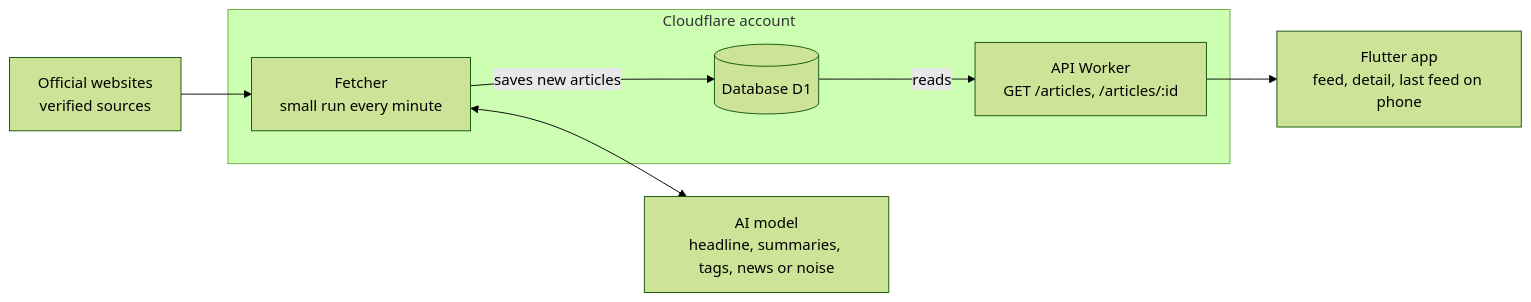
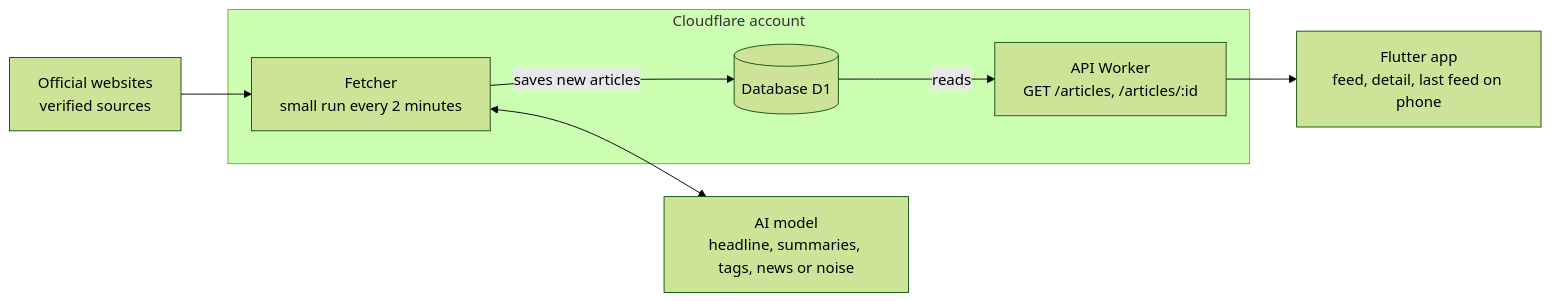
The second of 2 diagrams in docs/plan.md (yuriityvodar-sudo/official-news), drawn with Mermaid (forest theme) before and after one commit. The commit also changed other lines of this file and 8 other files, not shown here.

````diff
--- a/docs/plan.md
+++ b/docs/plan.md
@@ -365,10 +366,10 @@
 ```mermaid
 flowchart LR
   S[Official websites<br/>verified sources] --> F
   subgraph CF[Cloudflare account]
-    F[Fetcher<br/>small run every minute] -->|saves new articles| DB[(Database D1)]
+    F[Fetcher<br/>small run every 2 minutes] -->|saves new articles| DB[(Database D1)]
     DB -->|reads| API[API Worker<br/>GET /articles, /articles/:id]
   end
   F <--> AI[AI model<br/>headline, summaries, tags, news or noise]
   API --> APP[Flutter app<br/>feed, detail, last feed on phone]
 ```
````
